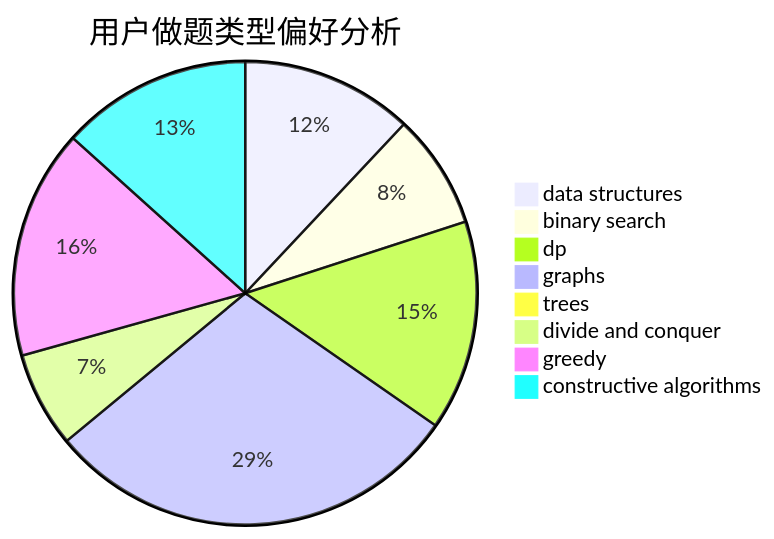
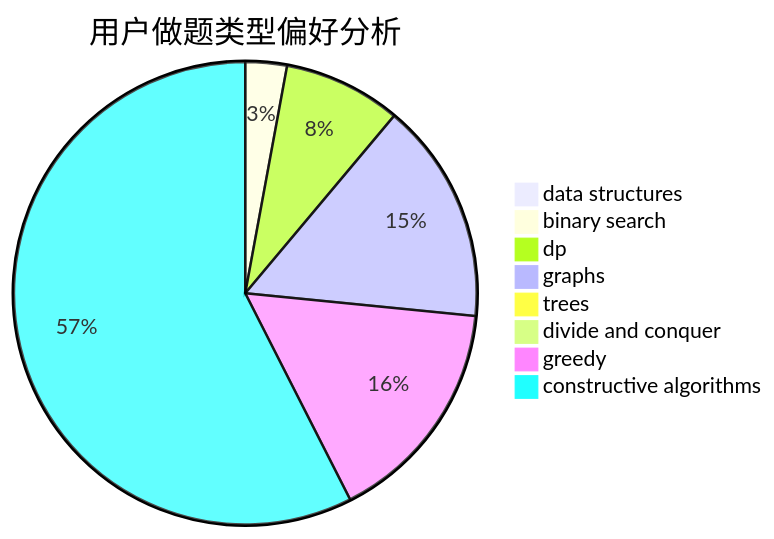
The second of 3 diagrams in docs/user/u732.md (sherpahu/cfrs.github.io), drawn with Mermaid before and after one commit. The commit also changed other lines of this file and 2770 other files, not shown here.

````diff
--- a/docs/user/u732.md
+++ b/docs/user/u732.md
@@ -23,11 +23,11 @@
 ```mermaid
 pie title 用户做题类型偏好分析
-    "data structures" :  9
+    "data structures" :  1
     "binary search" :  6
-    "dp" :  11
-    "graphs" :  22
+    "dp" :  17
+    "graphs" :  32
     "trees" :  0
-    "divide and conquer" :  5
-    "greedy" :  12
-    "constructive algorithms" :  10
+    "divide and conquer" :  0
+    "greedy" :  33
+    "constructive algorithms" :  119
 ```
````
